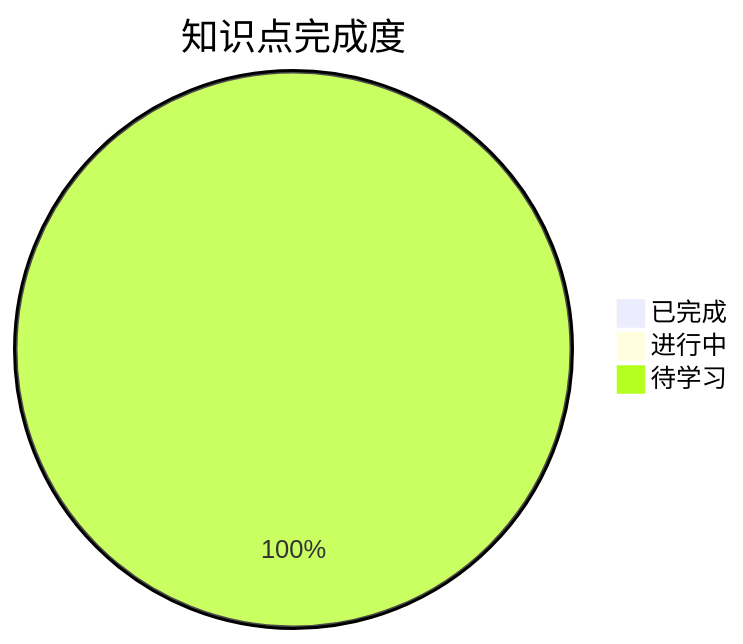
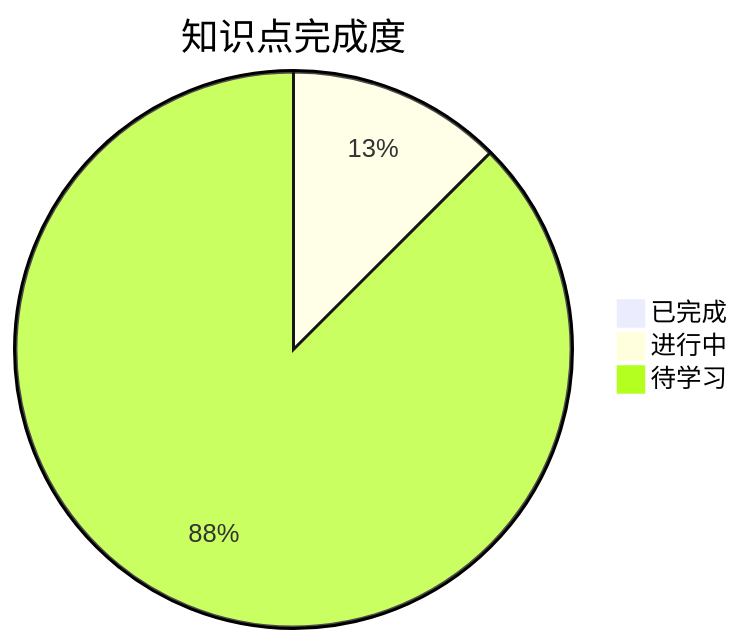
Before and after one commit to Treasoni/kaoyan: the diagram in 考研数学/高数-数列极限/📊 学习进度.md, drawn with Mermaid. The commit also changed other lines of this file and 6 other files, not shown here.

````diff
--- a/考研数学/高数-数列极限/📊 学习进度.md
+++ b/考研数学/高数-数列极限/📊 学习进度.md
@@ -11,6 +11,6 @@
 ```mermaid
 pie title 知识点完成度
     "已完成" : 0
-    "进行中" : 0
-    "待学习" : 8
+    "进行中" : 1
+    "待学习" : 7
 ```
````
